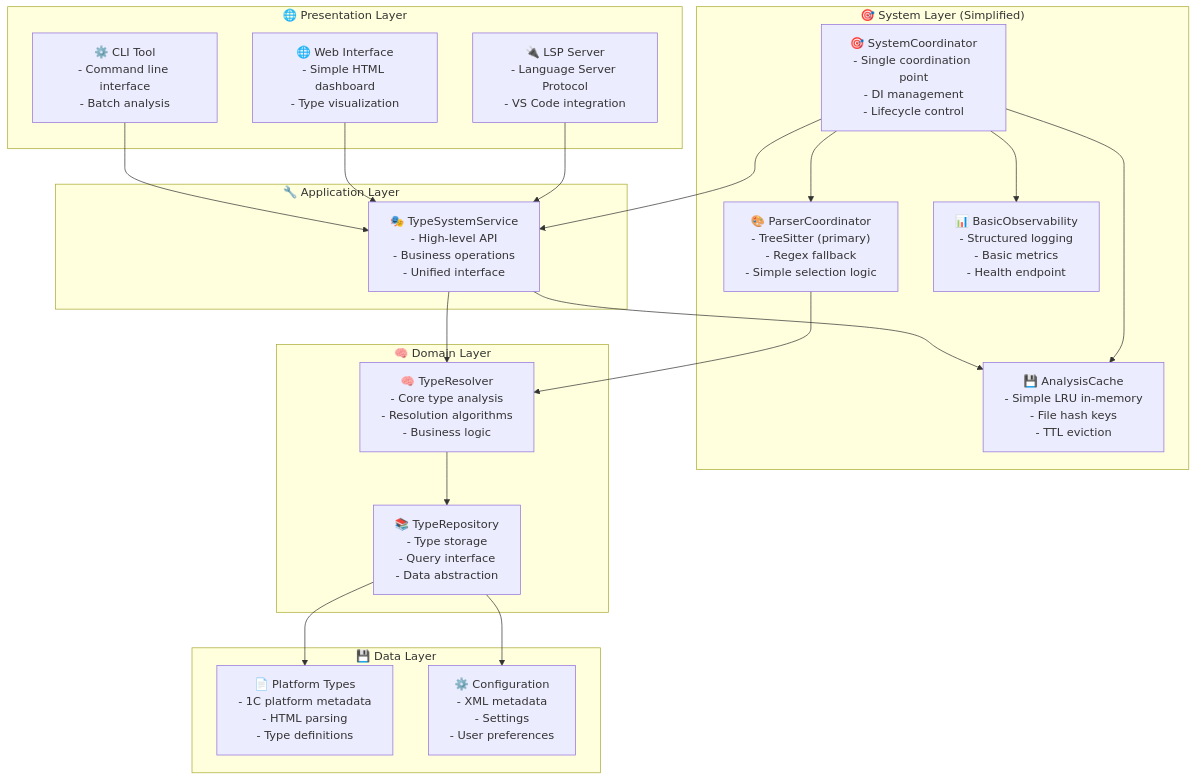
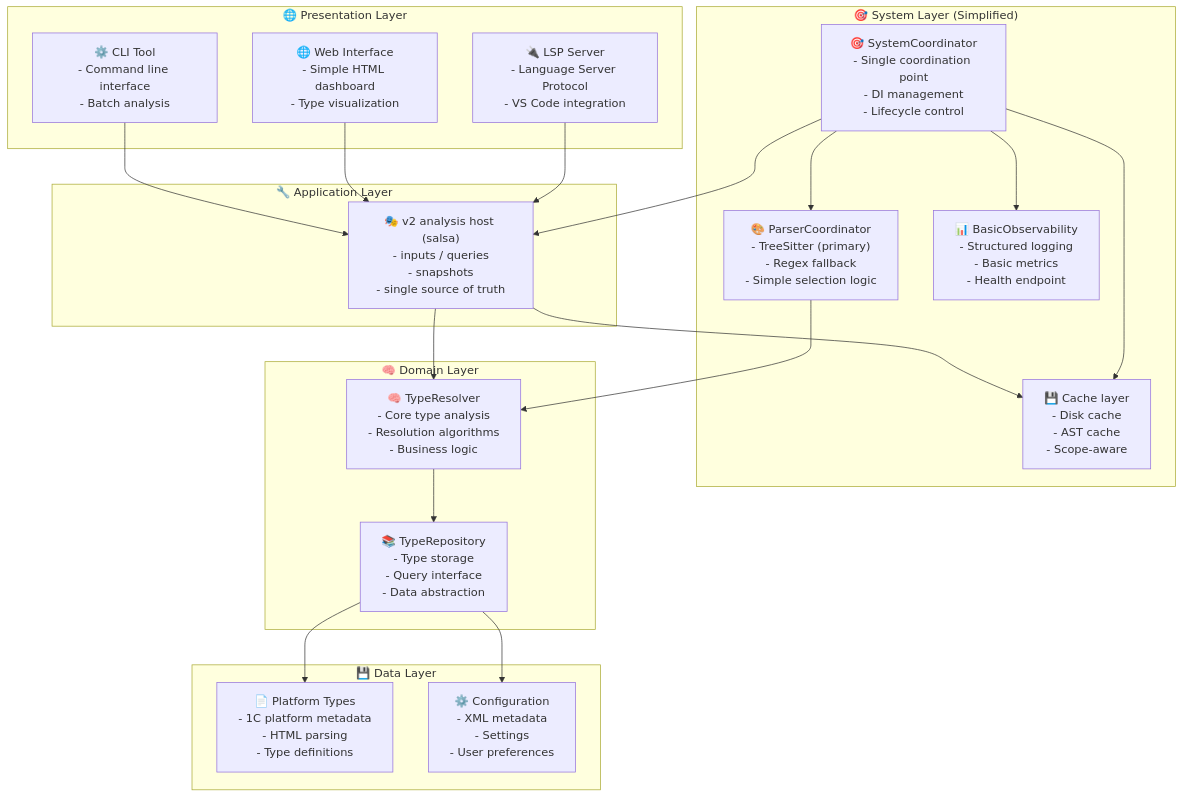
The diagram in GEMINI.md (defin85/bsl-gradual-types), drawn with Mermaid before and after one commit. The commit also changed other lines of this file and 44 other files, not shown here.

First line of the commit message:
Refactor architecture and terminology for v2 analysis system

````diff
--- a/GEMINI.md
+++ b/GEMINI.md
@@ -25,55 +25,55 @@
 ```mermaid
 graph TB
     subgraph "🎯 System Layer (Simplified)"
         SystemCoordinator["🎯 SystemCoordinator<br/>- Single coordination point<br/>- DI management<br/>- Lifecycle control"]
         
-        AnalysisCache["💾 AnalysisCache<br/>- Simple LRU in-memory<br/>- File hash keys<br/>- TTL eviction"]
+        CacheLayer["💾 Cache layer<br/>- Disk cache<br/>- AST cache<br/>- Scope-aware"]
         
         ParserCoordinator["🎨 ParserCoordinator<br/>- TreeSitter (primary)<br/>- Regex fallback<br/>- Simple selection logic"]
         
         BasicObservability["📊 BasicObservability<br/>- Structured logging<br/>- Basic metrics<br/>- Health endpoint"]
     end
 
     subgraph "🌐 Presentation Layer"
         LSPServer["🔌 LSP Server<br/>- Language Server Protocol<br/>- VS Code integration"]
         
         WebInterface["🌐 Web Interface<br/>- Simple HTML dashboard<br/>- Type visualization"]
         
         CLITool["⚙️ CLI Tool<br/>- Command line interface<br/>- Batch analysis"]
     end
 
     subgraph "🔧 Application Layer" 
-        TypeSystemService["🎭 TypeSystemService<br/>- High-level API<br/>- Business operations<br/>- Unified interface"]
+        AnalysisHostV2["🎭 v2 analysis host (salsa)<br/>- inputs / queries<br/>- snapshots<br/>- single source of truth"]
     end
 
     subgraph "🧠 Domain Layer"
         TypeResolver["🧠 TypeResolver<br/>- Core type analysis<br/>- Resolution algorithms<br/>- Business logic"]
         
         TypeRepository["📚 TypeRepository<br/>- Type storage<br/>- Query interface<br/>- Data abstraction"]
     end
 
     subgraph "💾 Data Layer"
         PlatformTypes["📄 Platform Types<br/>- 1C platform metadata<br/>- HTML parsing<br/>- Type definitions"]
         
         ConfigData["⚙️ Configuration<br/>- XML metadata<br/>- Settings<br/>- User preferences"]
     end
 
     %% Simple flow
-    SystemCoordinator --> AnalysisCache
+    SystemCoordinator --> CacheLayer
     SystemCoordinator --> ParserCoordinator  
     SystemCoordinator --> BasicObservability
-    SystemCoordinator --> TypeSystemService
+    SystemCoordinator --> AnalysisHostV2
     
-    LSPServer --> TypeSystemService
-    WebInterface --> TypeSystemService
-    CLITool --> TypeSystemService
+    LSPServer --> AnalysisHostV2
+    WebInterface --> AnalysisHostV2
+    CLITool --> AnalysisHostV2
     
-    TypeSystemService --> AnalysisCache
-    TypeSystemService --> TypeResolver
+    AnalysisHostV2 --> CacheLayer
+    AnalysisHostV2 --> TypeResolver
     
     TypeResolver --> TypeRepository
     TypeRepository --> PlatformTypes
     TypeRepository --> ConfigData
     
     ParserCoordinator --> TypeResolver
 ```
````
